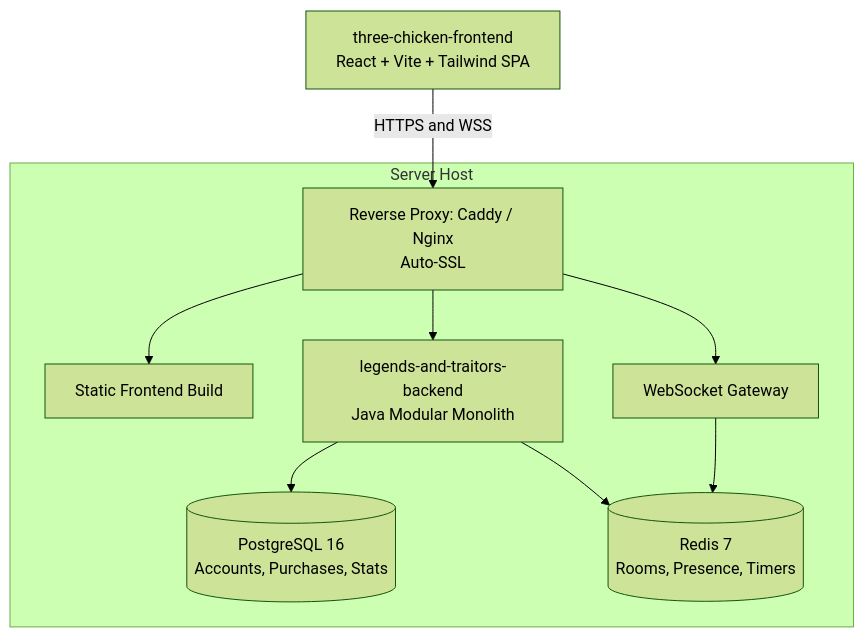
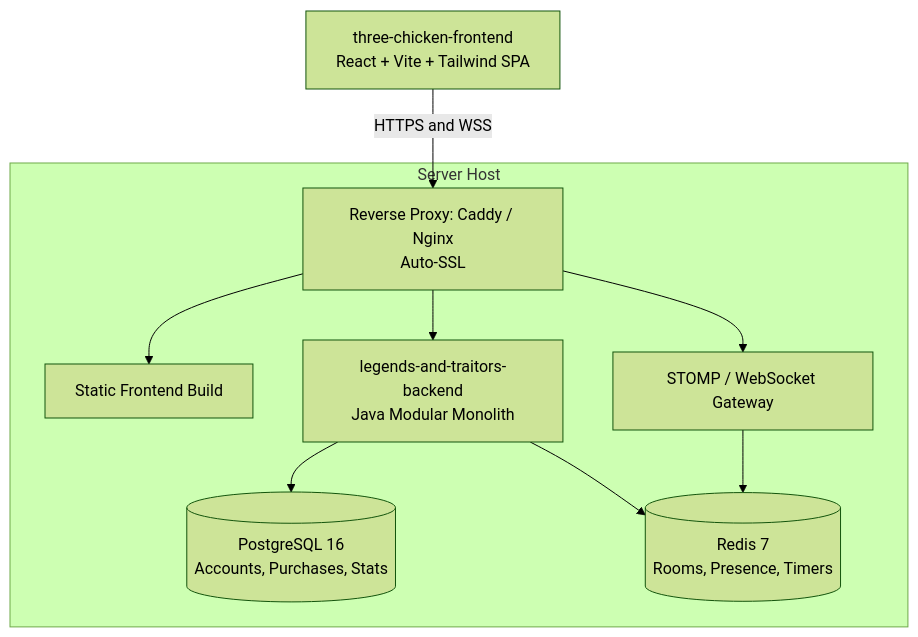
The diagram in CLAUDE.md (Tock15/Legends-and-Traitors-backend), drawn with Mermaid (forest theme) before and after one commit. The commit also changed other lines of this file, not shown here.

````diff
--- a/CLAUDE.md
+++ b/CLAUDE.md
@@ -505,14 +265,14 @@
 ```mermaid
 graph TD
     Client[three-chicken-frontend<br/>React + Vite + Tailwind SPA] -->|HTTPS and WSS| Caddy[Reverse Proxy: Caddy / Nginx<br/>Auto-SSL]
 
     subgraph ServerHost ["Server Host"]
         Caddy --> Static[Static Frontend Build]
         Caddy --> JavaBackend[legends-and-traitors-backend<br/>Java Modular Monolith]
-        Caddy --> JavaWs[WebSocket Gateway]
+        Caddy --> JavaWs[STOMP / WebSocket Gateway]
 
         JavaBackend --> Postgres[(PostgreSQL 16<br/>Accounts, Purchases, Stats)]
         JavaWs --> Redis[(Redis 7<br/>Rooms, Presence, Timers)]
         JavaBackend --> Redis
     end
 ```
````
